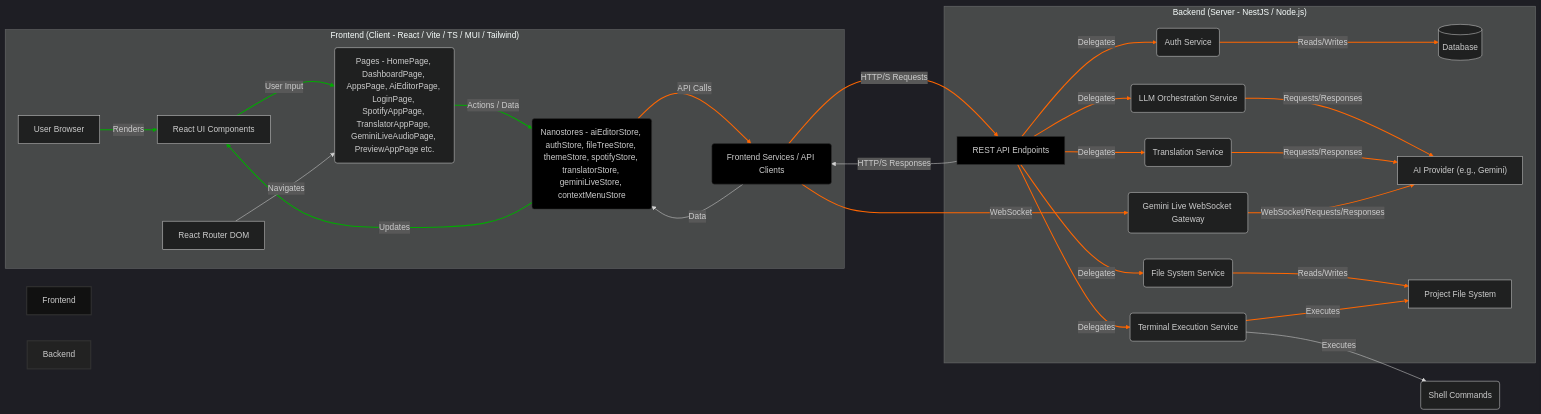
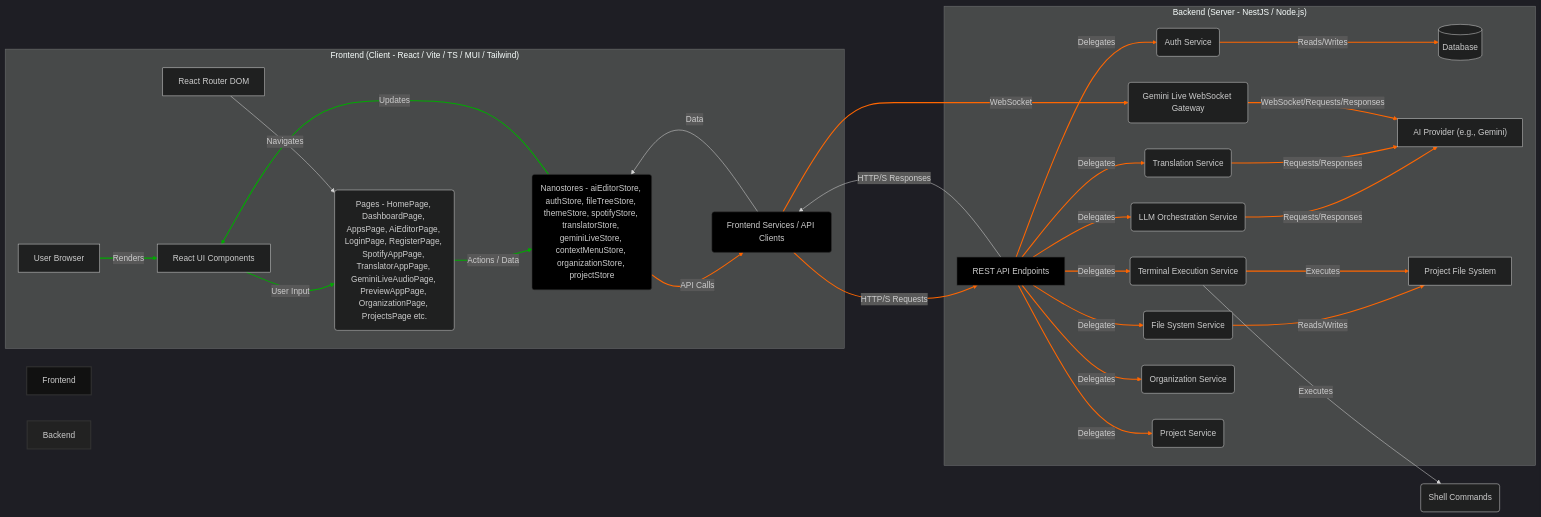
One commit to evillan0315/ai-editor-front changed the diagram in README.md. Above: the diagram before and after it, drawn with Mermaid. The commit also changed other lines of this file and 3 other files, not shown here.

````diff
--- a/README.md
+++ b/README.md
@@ -58,72 +61,78 @@
 ```mermaid
 %%{init: {'theme': 'dark'}}%%
 graph LR
     subgraph "Frontend (Client - React / Vite / TS / MUI / Tailwind)"
         Browser[User Browser]
         UI[React UI Components]
-        Pages(Pages - HomePage, DashboardPage, AppsPage, AiEditorPage, LoginPage, SpotifyAppPage, TranslatorAppPage, GeminiLiveAudioPage, PreviewAppPage etc.)
-        State(Nanostores - aiEditorStore, authStore, fileTreeStore, themeStore, spotifyStore, translatorStore, geminiLiveStore, contextMenuStore)
+        Pages(Pages - HomePage, DashboardPage, AppsPage, AiEditorPage, LoginPage, RegisterPage, SpotifyAppPage, TranslatorAppPage, GeminiLiveAudioPage, PreviewAppPage, OrganizationPage, ProjectsPage etc.)
+        State(Nanostores - aiEditorStore, authStore, fileTreeStore, themeStore, spotifyStore, translatorStore, geminiLiveStore, contextMenuStore, organizationStore, projectStore)
         Services(Frontend Services / API Clients)
         Router[React Router DOM]
     end
 
     subgraph "Backend (Server - NestJS / Node.js)"
         API[REST API Endpoints]
         Auth(Auth Service)
         LLM(LLM Orchestration Service)
         File(File System Service)
         Terminal(Terminal Execution Service)
         Translation(Translation Service)
         GeminiLive(Gemini Live WebSocket Gateway)
+        Organization(Organization Service)
+        Project(Project Service)
         DB[(Database)]
         AI_Provider[AI Provider &lpar;e.g., Gemini&rpar;]
         FS[Project File System]
     end
 
     Browser -- Renders --> UI
     UI -- User Input --> Pages
     Pages -- Actions / Data --> State
     State -- Updates --> UI
     State -- API Calls --> Services
     Services -- HTTP/S Requests --> API
     Services -- WebSocket --> GeminiLive
     API -- Delegates --> Auth
     API -- Delegates --> LLM
     API -- Delegates --> File
     API -- Delegates --> Terminal
     API -- Delegates --> Translation
+    API -- Delegates --> Organization
+    API -- Delegates --> Project
     Auth -- Reads/Writes --> DB
     LLM -- Requests/Responses --> AI_Provider
     Translation -- Requests/Responses --> AI_Provider
     GeminiLive -- WebSocket/Requests/Responses --> AI_Provider
     File -- Reads/Writes --> FS
     Terminal -- Executes --> FS
     Terminal -- Executes --> Shell(Shell Commands)
     API -- HTTP/S Responses --> Services
     Services -- Data --> State
     Router -- Navigates --> Pages
 
-    style Frontend fill:#111,stroke:#333,stroke-width:2px
-    style Backend fill:#222,stroke:#333,stroke-width:2px
-    style State fill:#000,stroke:#333,stroke-width:1px
-    style Services fill:#000,stroke:#333,stroke-width:1px
-    style API fill:#000,stroke:#333,stroke-width:1px
+    style Frontend fill:#111,stroke:#333,stroke-width:2px;
+    style Backend fill:#222,stroke:#333,stroke-width:2px;
+    style State fill:#000,stroke:#333,stroke-width:1px;
+    style Services fill:#000,stroke:#333,stroke-width:1px;
+    style API fill:#000,stroke:#333,stroke-width:1px;
     linkStyle 0 stroke:#0a0,stroke-width:2px;
     linkStyle 1 stroke:#0a0,stroke-width:2px;
     linkStyle 2 stroke:#0a0,stroke-width:2px;
     linkStyle 3 stroke:#0a0,stroke-width:2px;
     linkStyle 4 stroke:#f60,stroke-width:2px;
     linkStyle 5 stroke:#f60,stroke-width:2px;
     linkStyle 6 stroke:#f60,stroke-width:2px;
     linkStyle 7 stroke:#f60,stroke-width:2px;
     linkStyle 8 stroke:#f60,stroke-width:2px;
     linkStyle 9 stroke:#f60,stroke-width:2px;
     linkStyle 10 stroke:#f60,stroke-width:2px;
     linkStyle 11 stroke:#f60,stroke-width:2px;
     linkStyle 12 stroke:#f60,stroke-width:2px;
     linkStyle 13 stroke:#f60,stroke-width:2px;
     linkStyle 14 stroke:#f60,stroke-width:2px;
     linkStyle 15 stroke:#f60,stroke-width:2px;
     linkStyle 16 stroke:#f60,stroke-width:2px;
     linkStyle 17 stroke:#f60,stroke-width:2px;
+    linkStyle 18 stroke:#f60,stroke-width:2px;
+    linkStyle 19 stroke:#f60,stroke-width:2px;
 ```
````
